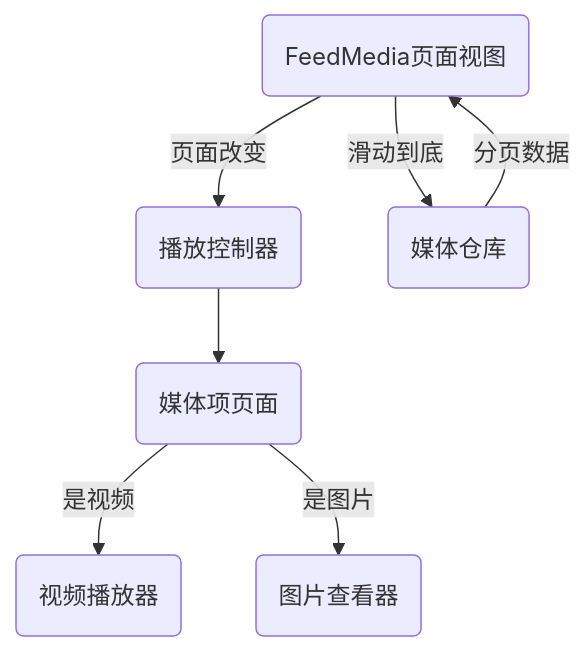
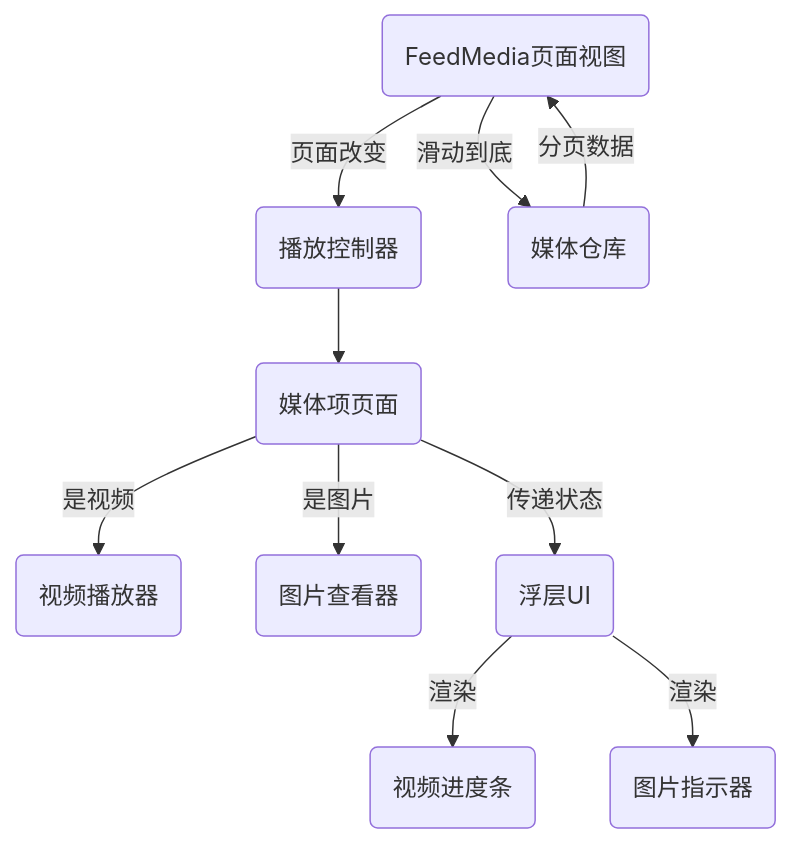
The diagram in GEMINI.md (superxabc/flutter_feed_media), drawn with Mermaid before and after one commit. The commit also changed other lines of this file and 8 other files, not shown here.

````diff
--- a/GEMINI.md
+++ b/GEMINI.md
@@ -55,9 +57,12 @@
 ```mermaid
 graph TD
   FeedMediaPageView(FeedMedia页面视图) -->|页面改变| PlaybackController(播放控制器)
   PlaybackController(播放控制器) --> FeedMediaItemPage(媒体项页面)
   FeedMediaItemPage(媒体项页面) -->|是视频| FeedMediaVideoPlayer(视频播放器)
   FeedMediaItemPage(媒体项页面) -->|是图片| FeedMediaPhotoViewer(图片查看器)
   FeedMediaPageView(FeedMedia页面视图) -->|滑动到底| FeedMediaRepository(媒体仓库)
   FeedMediaRepository(媒体仓库) -->|分页数据| FeedMediaPageView(FeedMedia页面视图)
+  FeedMediaItemPage(媒体项页面) -->|传递状态| FeedMediaOverlayUI(浮层UI)
+  FeedMediaOverlayUI(浮层UI) -->|渲染| FeedMediaProgressBar(视频进度条)
+  FeedMediaOverlayUI(浮层UI) -->|渲染| DotsIndicator(图片指示器)
 ```
````
